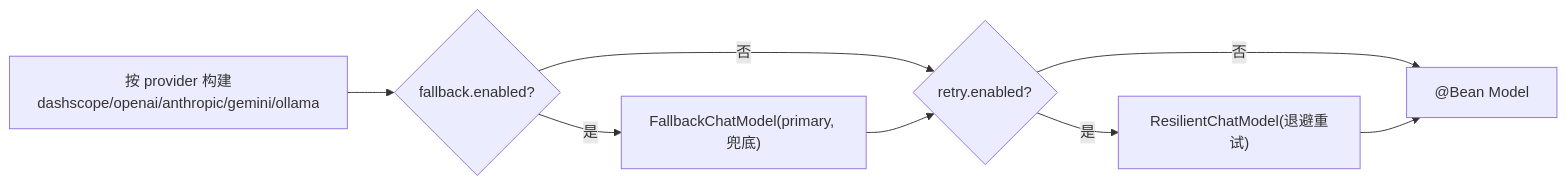
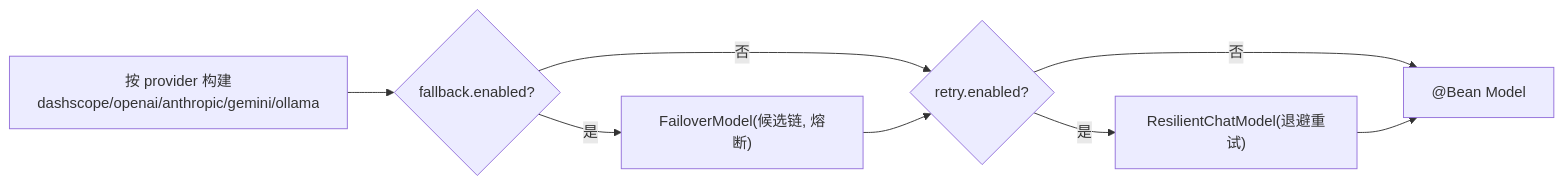
Diagram 11 of 32 in docs/详细技术文档.md (liulangjietou/customer_work), drawn with Mermaid before and after one commit. The commit also changed other lines of this file and 175 other files, not shown here.

````diff
--- a/docs/详细技术文档.md
+++ b/docs/详细技术文档.md
@@ -447,10 +447,10 @@
 ```mermaid
 flowchart LR
     P["按 provider 构建<br/>dashscope/openai/anthropic/gemini/ollama"] --> FBQ{fallback.enabled?}
-    FBQ -- 是 --> FB["FallbackChatModel(primary, 兜底)"]
+    FBQ -- 是 --> FB["FailoverModel(候选链, 熔断)"]
     FBQ -- 否 --> RTQ
     FB --> RTQ{retry.enabled?}
     RTQ -- 是 --> RT["ResilientChatModel(退避重试)"]
     RTQ -- 否 --> OUT
     RT --> OUT["@Bean Model"]
 ```
````
